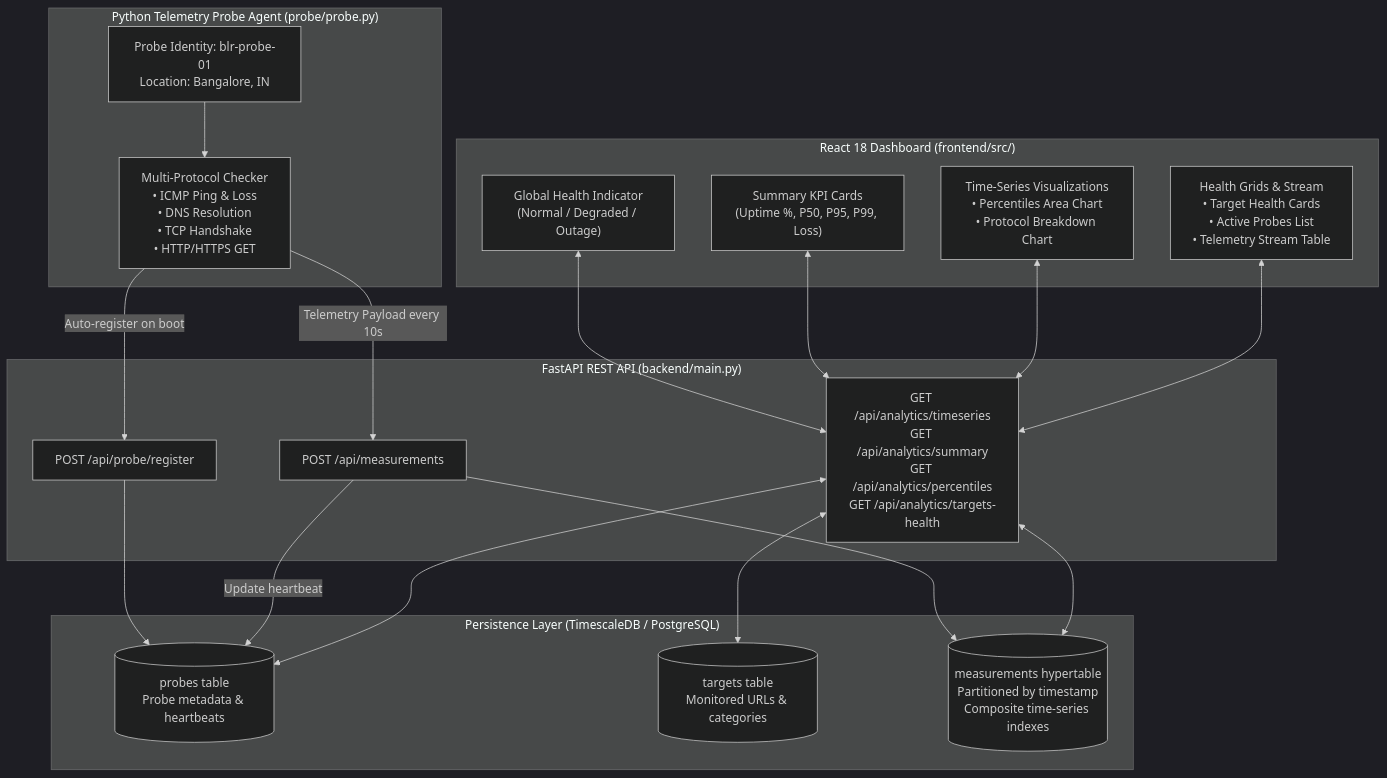
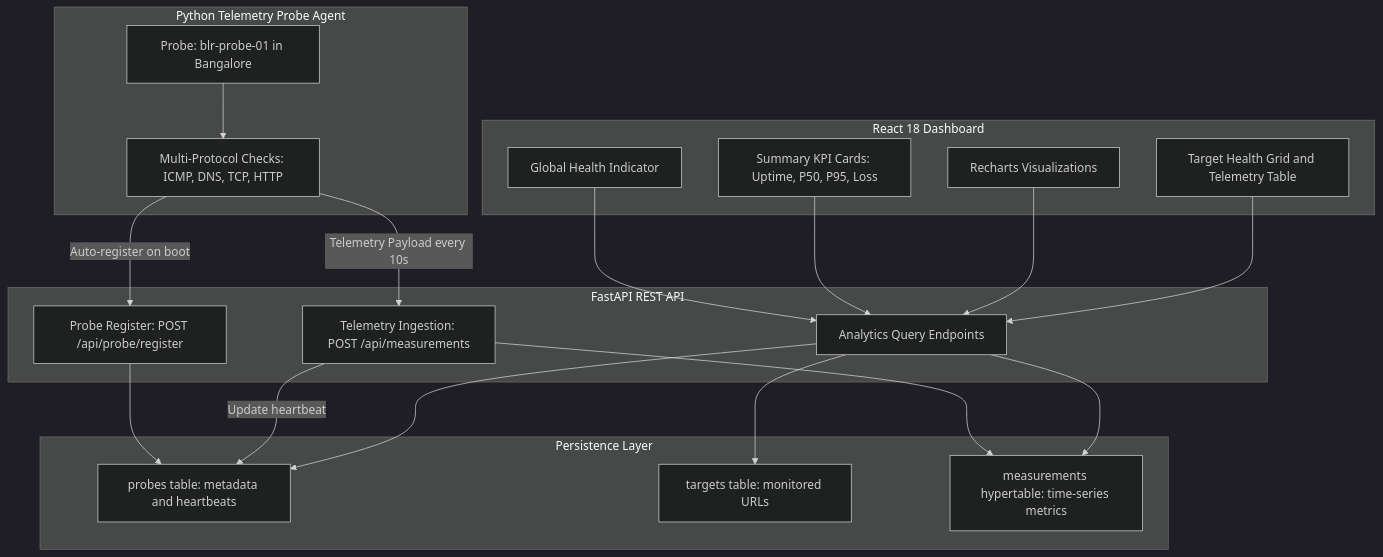
One commit to lEREHl/Internet_Outage_Intelligence_Platform_Stage_2 changed the first of 5 diagrams in ARCHITECTURE_V2.md. Above: the diagram before and after it, drawn with Mermaid (dark theme). The commit also changed other lines of this file and 1 other file, not shown here.

````diff
--- a/ARCHITECTURE_V2.md
+++ b/ARCHITECTURE_V2.md
@@ -60,43 +60,43 @@
 ```mermaid
 flowchart TD
-    subgraph ProbeAgent ["Python Telemetry Probe Agent (probe/probe.py)"]
-        P1["Probe Identity: blr-probe-01<br/>Location: Bangalore, IN"]
-        Checks["Multi-Protocol Checker<br/>• ICMP Ping & Loss<br/>• DNS Resolution<br/>• TCP Handshake<br/>• HTTP/HTTPS GET"]
+    subgraph ProbeAgent ["Python Telemetry Probe Agent"]
+        P1["Probe: blr-probe-01 in Bangalore"]
+        Checks["Multi-Protocol Checks: ICMP, DNS, TCP, HTTP"]
         P1 --> Checks
     end
 
-    subgraph BackendAPI ["FastAPI REST API (backend/main.py)"]
-        RegEp["POST /api/probe/register"]
-        IngestEp["POST /api/measurements"]
-        QueryEp["GET /api/analytics/timeseries<br/>GET /api/analytics/summary<br/>GET /api/analytics/percentiles<br/>GET /api/analytics/targets-health"]
+    subgraph BackendAPI ["FastAPI REST API"]
+        RegEp["Probe Register: POST /api/probe/register"]
+        IngestEp["Telemetry Ingestion: POST /api/measurements"]
+        QueryEp["Analytics Query Endpoints"]
     end
 
-    subgraph StorageLayer ["Persistence Layer (TimescaleDB / PostgreSQL)"]
-        ProbesTable[("probes table<br/>Probe metadata & heartbeats")]
-        TargetsTable[("targets table<br/>Monitored URLs & categories")]
-        MeasurementsHT[("measurements hypertable<br/>Partitioned by timestamp<br/>Composite time-series indexes")]
+    subgraph StorageLayer ["Persistence Layer"]
+        ProbesTable["probes table: metadata and heartbeats"]
+        TargetsTable["targets table: monitored URLs"]
+        MeasurementsHT["measurements hypertable: time-series metrics"]
     end
 
-    subgraph FrontendApp ["React 18 Dashboard (frontend/src/)"]
-        GlobalBanner["Global Health Indicator<br/>(Normal / Degraded / Outage)"]
-        KPIs["Summary KPI Cards<br/>(Uptime %, P50, P95, P99, Loss)"]
-        Charts["Time-Series Visualizations<br/>• Percentiles Area Chart<br/>• Protocol Breakdown Chart"]
-        Grids["Health Grids & Stream<br/>• Target Health Cards<br/>• Active Probes List<br/>• Telemetry Stream Table"]
+    subgraph FrontendApp ["React 18 Dashboard"]
+        GlobalBanner["Global Health Indicator"]
+        KPIs["Summary KPI Cards: Uptime, P50, P95, Loss"]
+        Charts["Recharts Visualizations"]
+        Grids["Target Health Grid and Telemetry Table"]
     end
 
     Checks -->|Auto-register on boot| RegEp
     Checks -->|Telemetry Payload every 10s| IngestEp
     
     RegEp --> ProbesTable
     IngestEp --> MeasurementsHT
     IngestEp -->|Update heartbeat| ProbesTable
 
-    QueryEp <--> MeasurementsHT
-    QueryEp <--> ProbesTable
-    QueryEp <--> TargetsTable
+    QueryEp --> MeasurementsHT
+    QueryEp --> ProbesTable
+    QueryEp --> TargetsTable
 
-    GlobalBanner <--> QueryEp
-    KPIs <--> QueryEp
-    Charts <--> QueryEp
-    Grids <--> QueryEp
+    GlobalBanner --> QueryEp
+    KPIs --> QueryEp
+    Charts --> QueryEp
+    Grids --> QueryEp
 ```
````
